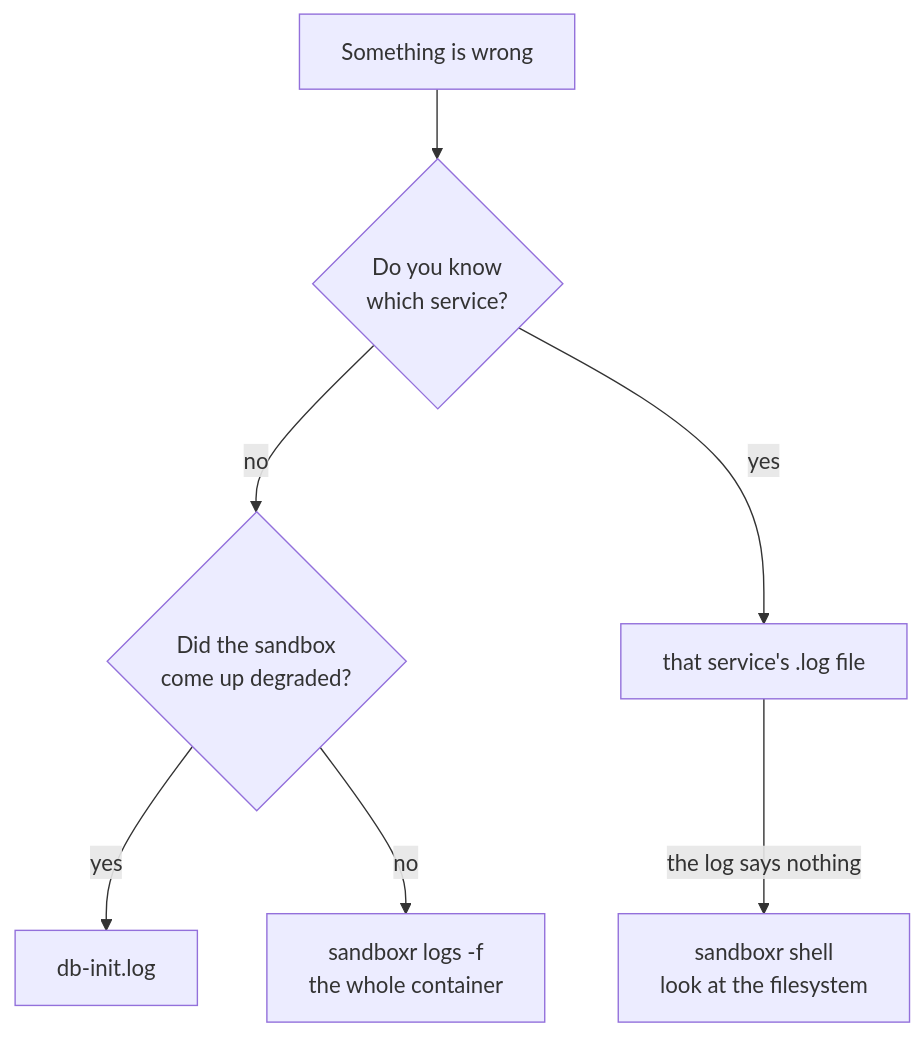
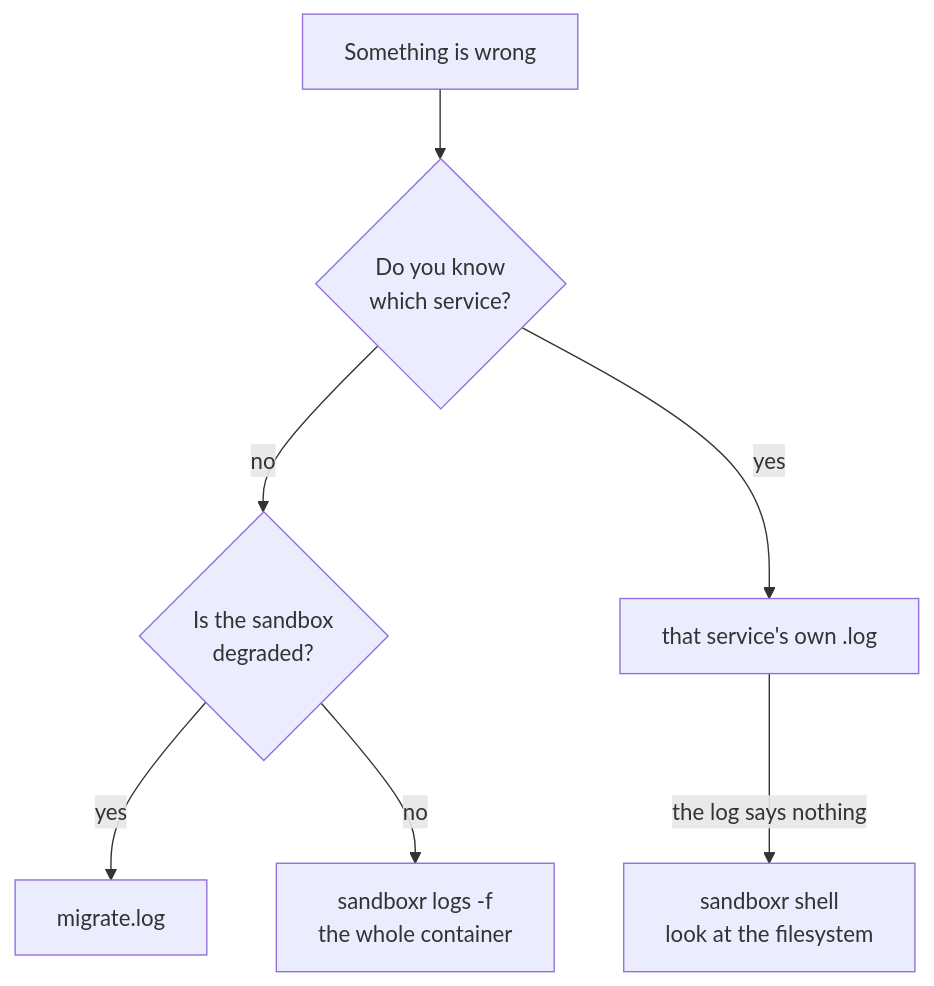
The diagram in docs/guides/logs-and-shells.md (mattmoran56/sandboxer-core), drawn with Mermaid before and after one commit. The commit also changed other lines of this file and 43 other files, not shown here.

````diff
--- a/docs/guides/logs-and-shells.md
+++ b/docs/guides/logs-and-shells.md
@@ -93,16 +186,16 @@
 ```mermaid
 flowchart TB
   q["Something is wrong"]
   a{"Do you know<br/>which service?"}
+  d{"Is the sandbox<br/>degraded?"}
+  m["migrate.log"]
   l["sandboxr logs -f<br/>the whole container"]
-  d{"Did the sandbox<br/>come up degraded?"}
-  db["db-init.log"]
-  s["that service's .log file"]
+  s["that service's own .log"]
   f["sandboxr shell<br/>look at the filesystem"]
   q --> a
   a -->|no| d
-  d -->|yes| db
+  d -->|yes| m
   d -->|no| l
   a -->|yes| s
   s -->|"the log says nothing"| f
 ```
````
